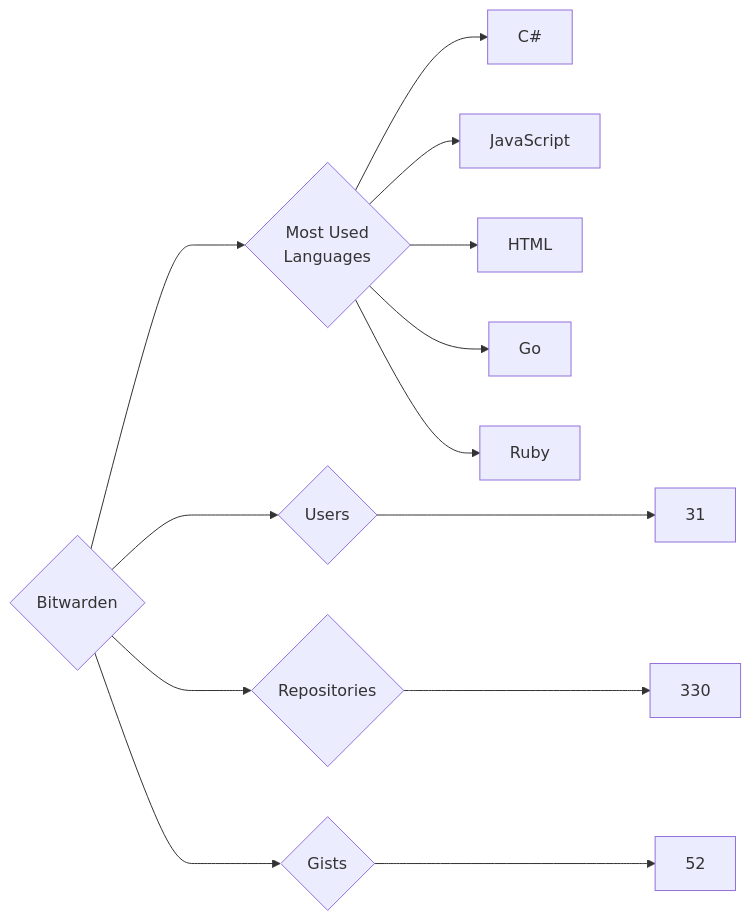
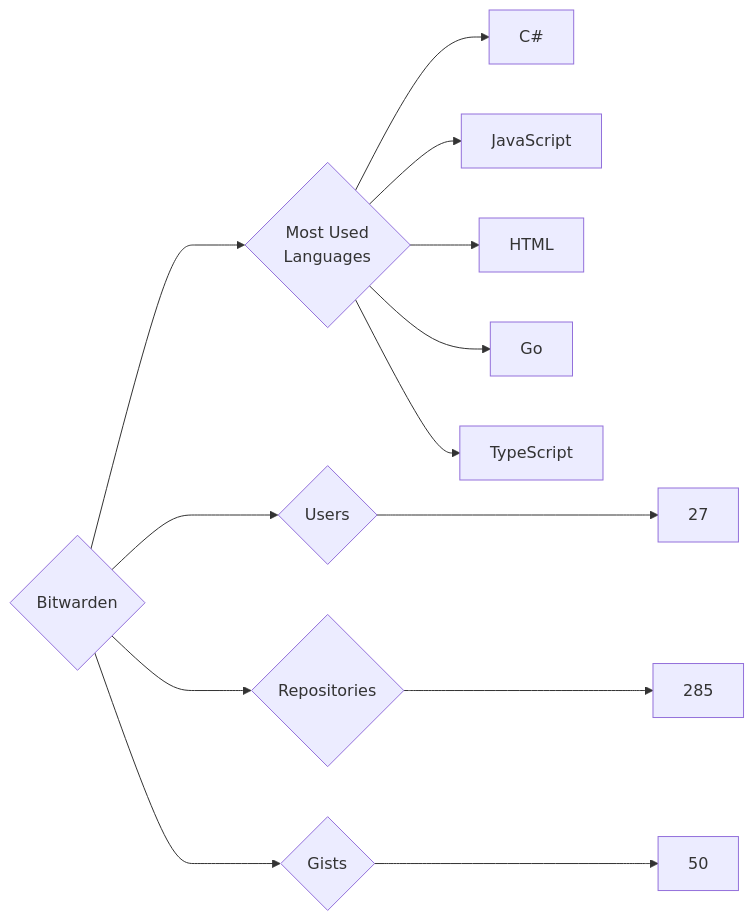
The diagram in targets/Bitwarden/README.md (trickest/insiders), drawn with Mermaid before and after one commit. The commit also changed 944 other files, not shown here.

````diff
--- a/targets/Bitwarden/README.md
+++ b/targets/Bitwarden/README.md
@@ -3,13 +3,13 @@
 ```mermaid
 graph LR
 COMPANY_NAME{Bitwarden}
-COMPANY_NAME ---> U{Users} ---> UN[31]
-COMPANY_NAME ---> R{Repositories} ---> RN[330]
-COMPANY_NAME ---> G{Gists} ---> GN[52]
+COMPANY_NAME ---> U{Users} ---> UN[27]
+COMPANY_NAME ---> R{Repositories} ---> RN[285]
+COMPANY_NAME ---> G{Gists} ---> GN[50]
 COMPANY_NAME ---> ML{Most Used<br>Languages}
 ML --> C#[C#]
 ML --> JavaScript[JavaScript]
 ML --> HTML[HTML]
 ML --> Go[Go]
-ML --> Ruby[Ruby]
+ML --> TypeScript[TypeScript]
 ```
````
